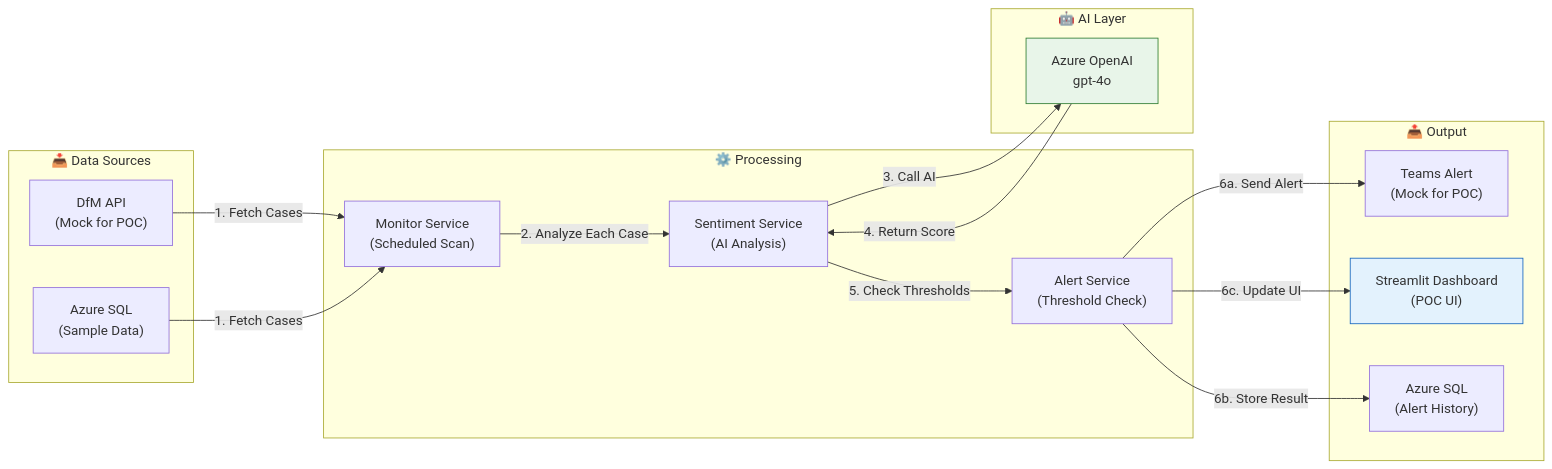
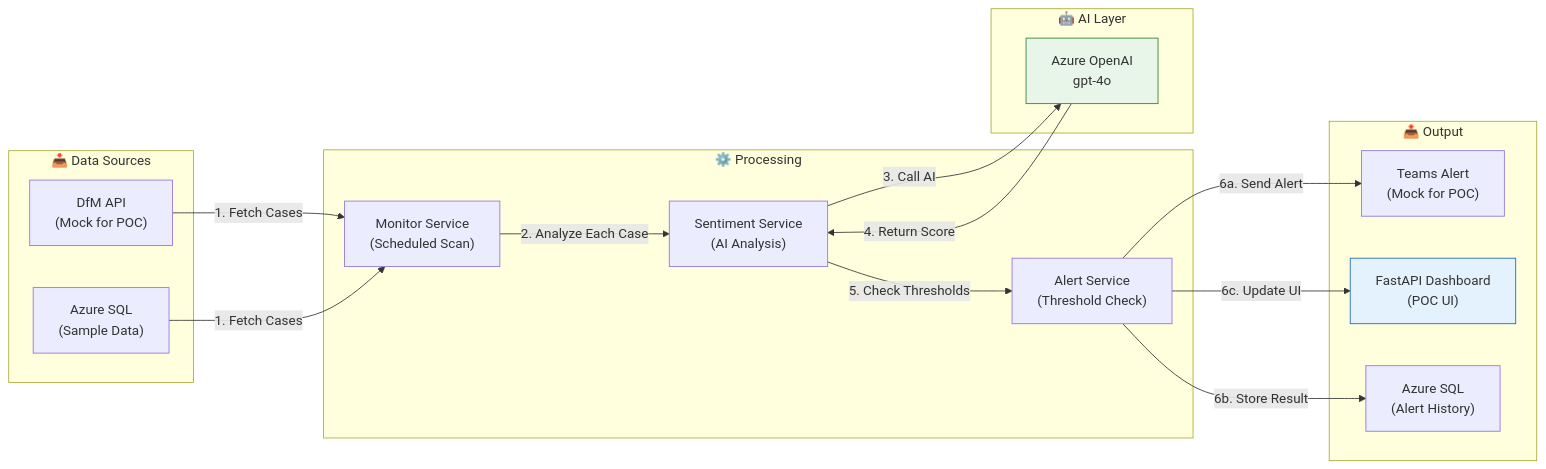
One commit to KyleMonteagudo/csat-guardian changed the second of 4 diagrams in docs/diagrams/infrastructure.md. Above: the diagram before and after it, drawn with Mermaid. The commit also changed other lines of this file and 28 other files, not shown here.

````diff
--- a/docs/diagrams/infrastructure.md
+++ b/docs/diagrams/infrastructure.md
@@ -103,36 +100,36 @@
 ```mermaid
 flowchart LR
     subgraph Sources["📥 Data Sources"]
         DfM["DfM API<br/>(Mock for POC)"]
         SQL_Source["Azure SQL<br/>(Sample Data)"]
     end
 
     subgraph Processing["⚙️ Processing"]
         Monitor["Monitor Service<br/>(Scheduled Scan)"]
         Sentiment["Sentiment Service<br/>(AI Analysis)"]
         Alert["Alert Service<br/>(Threshold Check)"]
     end
 
     subgraph AI["🤖 AI Layer"]
         OpenAI["Azure OpenAI<br/>gpt-4o"]
     end
 
     subgraph Output["📤 Output"]
         TeamsAlert["Teams Alert<br/>(Mock for POC)"]
-        Dashboard["Streamlit Dashboard<br/>(POC UI)"]
+        Dashboard["FastAPI Dashboard<br/>(POC UI)"]
         SQLResults["Azure SQL<br/>(Alert History)"]
     end
 
     DfM -->|"1. Fetch Cases"| Monitor
     SQL_Source -->|"1. Fetch Cases"| Monitor
     Monitor -->|"2. Analyze Each Case"| Sentiment
     Sentiment -->|"3. Call AI"| OpenAI
     OpenAI -->|"4. Return Score"| Sentiment
     Sentiment -->|"5. Check Thresholds"| Alert
     Alert -->|"6a. Send Alert"| TeamsAlert
     Alert -->|"6b. Store Result"| SQLResults
     Alert -->|"6c. Update UI"| Dashboard
 
     style OpenAI fill:#e8f5e9,stroke:#2e7d32
     style Dashboard fill:#e3f2fd,stroke:#1565c0
 ```
````
